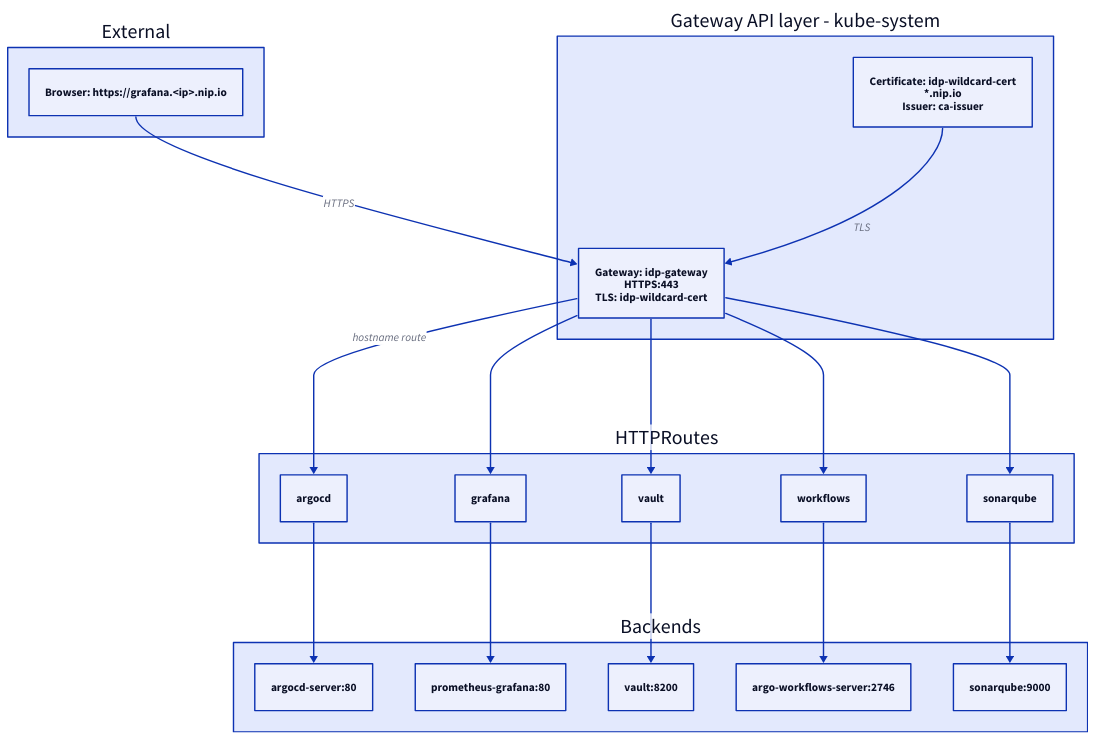
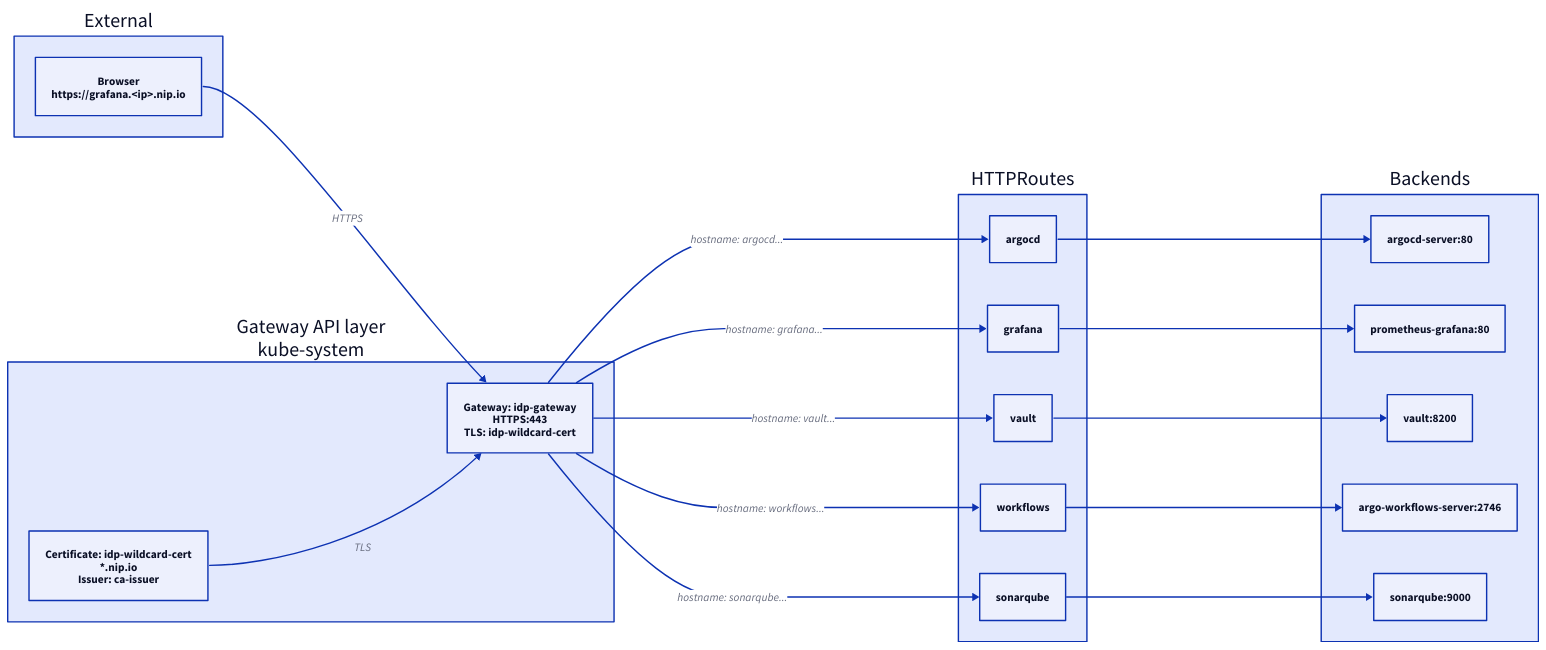
One commit to rou-cru/idp-blueprint changed the fifth of 5 diagrams in Docs/architecture/visual.md. Above: the diagram before and after it, drawn with D2. The commit also changed other lines of this file and 21 other files, not shown here.

````diff
--- a/Docs/architecture/visual.md
+++ b/Docs/architecture/visual.md
@@ -135,43 +149,46 @@
 ```d2
-direction: down
+direction: right
 
 External: {
-  Browser: "Browser: https://grafana.<ip>.nip.io"
+  Browser: "Browser\nhttps://grafana.<ip>.nip.io"
 }
 
 GatewayNS: {
-  label: "Gateway API layer - kube-system"
+  label: "Gateway API layer\nkube-system"
   Gateway: "Gateway: idp-gateway\nHTTPS:443\nTLS: idp-wildcard-cert"
   Cert: "Certificate: idp-wildcard-cert\n*.nip.io\nIssuer: ca-issuer"
 }
 
 Routes: {
   label: "HTTPRoutes"
   HR1: "argocd"
   HR2: "grafana"
   HR3: "vault"
   HR4: "workflows"
   HR5: "sonarqube"
 }
 
 Backends: {
+  label: "Backends"
   S1: "argocd-server:80"
   S2: "prometheus-grafana:80"
   S3: "vault:8200"
   S4: "argo-workflows-server:2746"
   S5: "sonarqube:9000"
 }
 
-External.Browser -> GatewayNS.Gateway: HTTPS
-GatewayNS.Gateway -> Routes.HR1: hostname route
-GatewayNS.Gateway -> Routes.HR2
-GatewayNS.Gateway -> Routes.HR3
-GatewayNS.Gateway -> Routes.HR4
-GatewayNS.Gateway -> Routes.HR5
+External.Browser -> GatewayNS.Gateway: "HTTPS"
+GatewayNS.Gateway -> Routes.HR1: "hostname: argocd..."
+GatewayNS.Gateway -> Routes.HR2: "hostname: grafana..."
+GatewayNS.Gateway -> Routes.HR3: "hostname: vault..."
+GatewayNS.Gateway -> Routes.HR4: "hostname: workflows..."
+GatewayNS.Gateway -> Routes.HR5: "hostname: sonarqube..."
+
 Routes.HR1 -> Backends.S1
 Routes.HR2 -> Backends.S2
 Routes.HR3 -> Backends.S3
 Routes.HR4 -> Backends.S4
 Routes.HR5 -> Backends.S5
-GatewayNS.Cert -> GatewayNS.Gateway: TLS
+
+GatewayNS.Cert -> GatewayNS.Gateway: "TLS"
 ```
````
